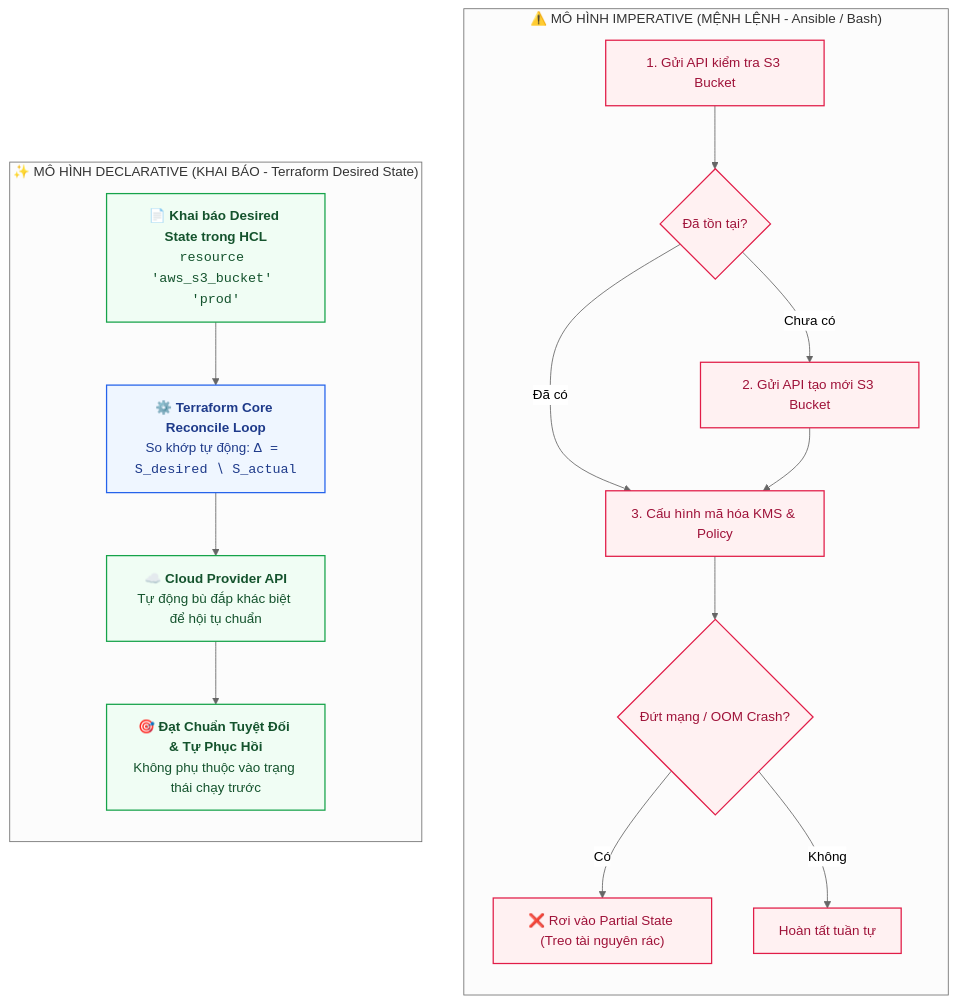
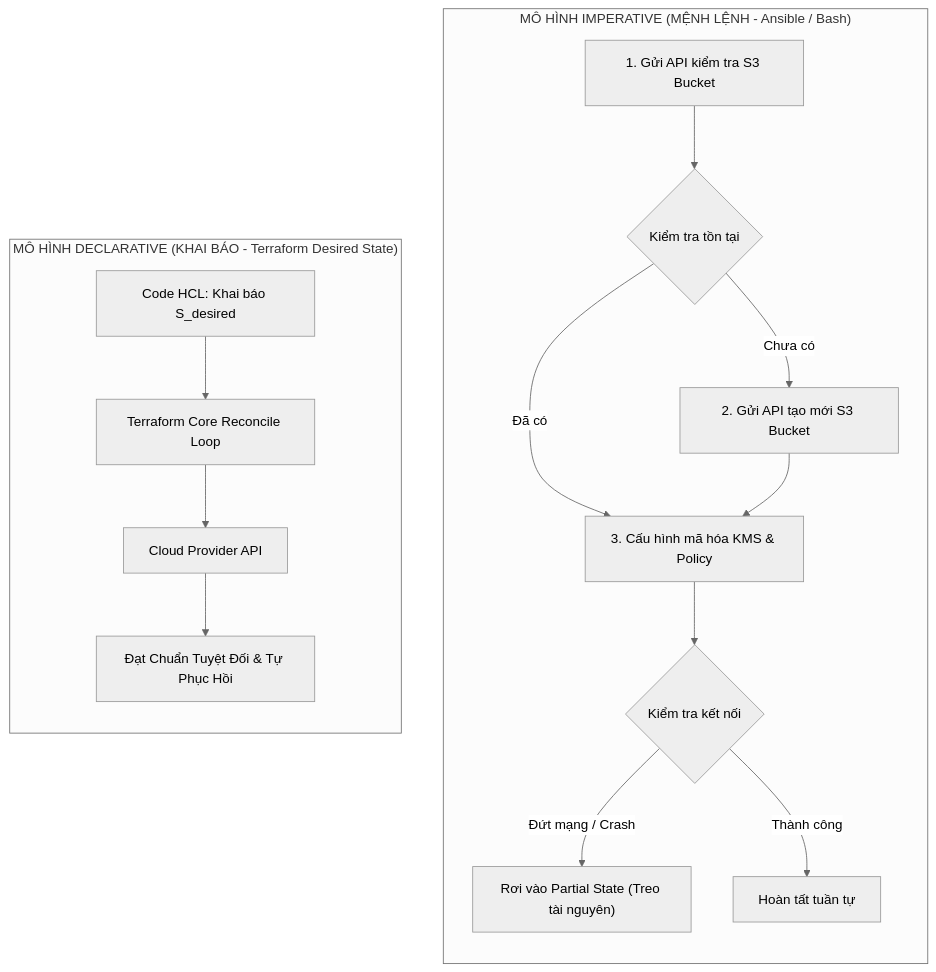
The first of 3 diagrams in _posts/2026-09-13-terraform-01-01-tu-duy-declarative-iac-so-sanh-thuc-chien-terraform-ansible-pulumi.md (kiennt308/ntk), drawn with Mermaid (neutral theme) before and after one commit. The commit also changed other lines of this file and 1 other file, not shown here.

Commit message:
fix(post-01): fix table markdown rendering and mermaid syntax compatibility

````diff
--- a/_posts/2026-09-13-terraform-01-01-tu-duy-declarative-iac-so-sanh-thuc-chien-terraform-ansible-pulumi.md
+++ b/_posts/2026-09-13-terraform-01-01-tu-duy-declarative-iac-so-sanh-thuc-chien-terraform-ansible-pulumi.md
@@ -35,33 +35,20 @@
 ```mermaid
 flowchart TB
-    subgraph IMP["⚠️ MÔ HÌNH IMPERATIVE (MỆNH LỆNH - Ansible / Bash)"]
+    subgraph IMP["MÔ HÌNH IMPERATIVE (MỆNH LỆNH - Ansible / Bash)"]
         direction TB
-        I1["1. Gửi API kiểm tra S3 Bucket"] --> I2{"Đã tồn tại?"}
-        I2 -- "Chưa có" --> I3["2. Gửi API tạo mới S3 Bucket"]
-        I2 -- "Đã có" --> I4["3. Cấu hình mã hóa KMS & Policy"]
+        I1["1. Gửi API kiểm tra S3 Bucket"] --> I2{"Kiểm tra tồn tại"}
+        I2 -->|Chưa có| I3["2. Gửi API tạo mới S3 Bucket"]
+        I2 -->|Đã có| I4["3. Cấu hình mã hóa KMS & Policy"]
         I3 --> I4
-        I4 --> I5{"Đứt mạng / OOM Crash?"}
-        I5 -- "Có" --> I_ERR["❌ Rơi vào Partial State (Treo tài nguyên rác)"]
-        I5 -- "Không" --> I_OK["Hoàn tất tuần tự"]
+        I4 --> I5{"Kiểm tra kết nối"}
+        I5 -->|Đứt mạng / Crash| I_ERR["Rơi vào Partial State (Treo tài nguyên)"]
+        I5 -->|Thành công| I_OK["Hoàn tất tuần tự"]
     end
 
-    subgraph DEC["✨ MÔ HÌNH DECLARATIVE (KHAI BÁO - Terraform Desired State)"]
+    subgraph DEC["MÔ HÌNH DECLARATIVE (KHAI BÁO - Terraform Desired State)"]
         direction TB
-        D1["📄 <b>Khai báo Desired State trong HCL</b><br/><code>resource 'aws_s3_bucket' 'prod'</code>"]
-        D2["⚙️ <b>Terraform Core Reconcile Loop</b><br/>So khớp tự động: <code>Δ = S_desired ∖ S_actual</code>"]
-        D3["☁️ <b>Cloud Provider API</b><br/>Tự động bù đắp khác biệt để hội tụ chuẩn"]
-        D4["🎯 <b>Đạt Chuẩn Tuyệt Đối & Tự Phục Hồi</b><br/>Không phụ thuộc vào trạng thái chạy trước"]
-
-        D1 --> D2
-        D2 --> D3
-        D3 --> D4
+        D1["Code HCL: Khai báo S_desired"] --> D2["Terraform Core Reconcile Loop"]
+        D2 --> D3["Cloud Provider API"]
+        D3 --> D4["Đạt Chuẩn Tuyệt Đối & Tự Phục Hồi"]
     end
-
-    classDef impNode fill:#fff1f2,stroke:#e11d48,stroke-width:1.5px,color:#9f1239
-    classDef decNode fill:#f0fdf4,stroke:#16a34a,stroke-width:1.5px,color:#14532d
-    classDef coreNode fill:#eff6ff,stroke:#2563eb,stroke-width:1.5px,color:#1e3a8a
-
-    class I1,I2,I3,I4,I5,I_ERR,I_OK impNode
-    class D1,D3,D4 decNode
-    class D2 coreNode
 ```
````
